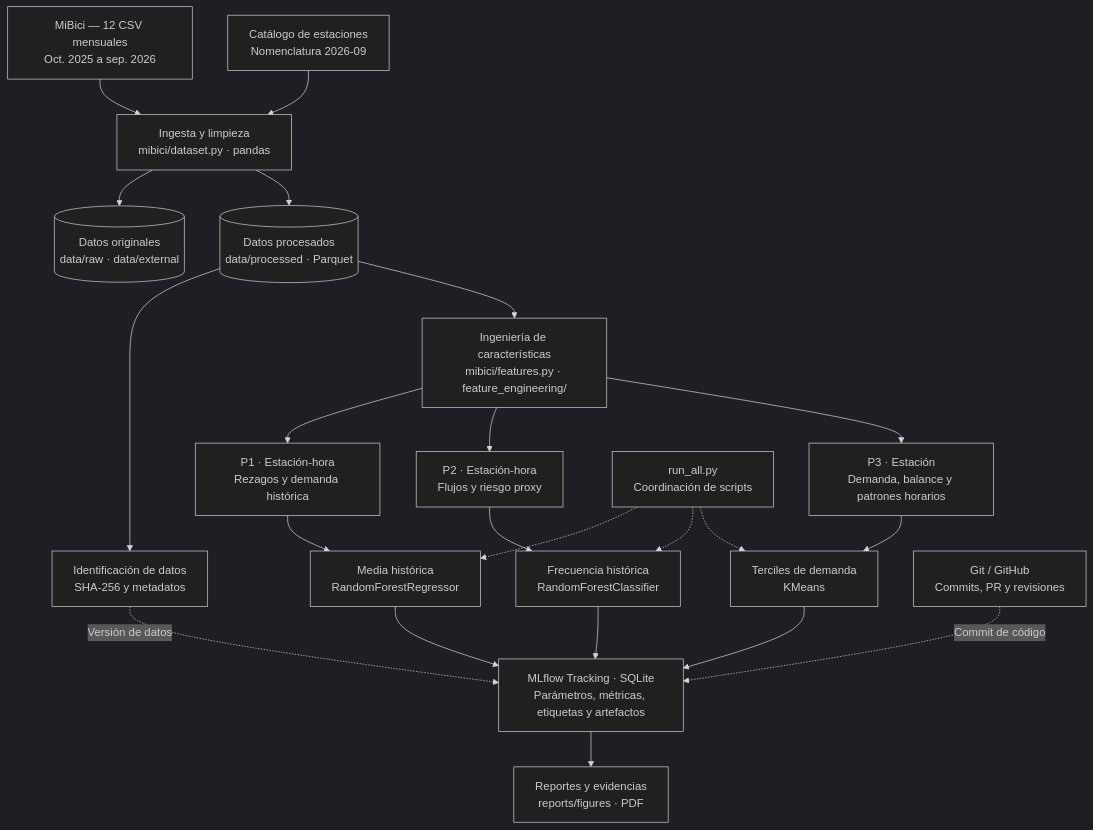
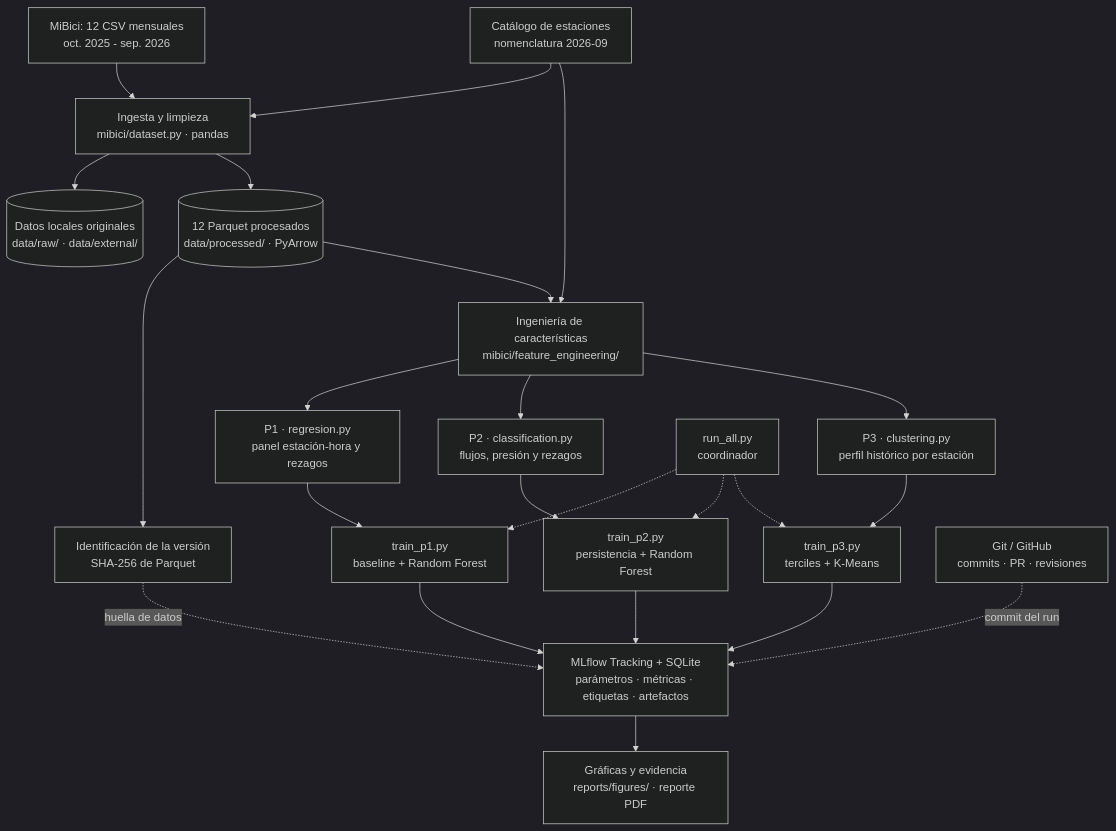
One commit to LeoCossio/TC5061-Proyecto-Equipo31 changed the diagram in references/arquitectura_sistema.md. Above: the diagram before and after it, drawn with Mermaid (dark theme). The commit also changed other lines of this file, not shown here.

First line of the commit message:
Revise architecture document for MiBici project

````diff
--- a/references/arquitectura_sistema.md
+++ b/references/arquitectura_sistema.md
@@ -21,24 +21,25 @@
 ```mermaid
 flowchart TB
-    S["MiBici — 12 CSV mensuales<br/>Oct. 2025 a sep. 2026"] --> I["Ingesta y limpieza<br/>mibici/dataset.py · pandas"]
-    N["Catálogo de estaciones<br/>Nomenclatura 2026-09"] --> I
-    I --> RAW[("Datos originales<br/>data/raw · data/external")]
-    I --> PAR[("Datos procesados<br/>data/processed · Parquet")]
-    PAR --> V["Identificación de datos<br/>SHA-256 y metadatos"]
-    PAR --> F["Ingeniería de características<br/>mibici/features.py · feature_engineering/"]
-    F --> P1["P1 · Estación-hora<br/>Rezagos y demanda histórica"]
-    F --> P2["P2 · Estación-hora<br/>Flujos y riesgo proxy"]
-    F --> P3["P3 · Estación<br/>Demanda, balance y patrones horarios"]
-    P1 --> M1["Media histórica<br/>RandomForestRegressor"]
-    P2 --> M2["Frecuencia histórica<br/>RandomForestClassifier"]
-    P3 --> M3["Terciles de demanda<br/>KMeans"]
-    M1 --> ML["MLflow Tracking · SQLite<br/>Parámetros, métricas, etiquetas y artefactos"]
-    M2 --> ML
-    M3 --> ML
-    V -. "Versión de datos" .-> ML
-    G["Git / GitHub<br/>Commits, PR y revisiones"] -. "Commit de código" .-> ML
-    C["run_all.py<br/>Coordinación de scripts"] -.-> M1
-    C -.-> M2
-    C -.-> M3
-    ML --> OUT["Reportes y evidencias<br/>reports/figures · PDF"]
+    A["MiBici: 12 CSV mensuales<br/>oct. 2025 - sep. 2026"] --> D["Ingesta y limpieza<br/>mibici/dataset.py · pandas"]
+    E["Catálogo de estaciones<br/>nomenclatura 2026-09"] --> D
+    D --> R[("Datos locales originales<br/>data/raw/ · data/external/")]
+    D --> Q[("12 Parquet procesados<br/>data/processed/ · PyArrow")]
+    Q --> V["Identificación de la versión<br/>SHA-256 de Parquet"]
+    Q --> F["Ingeniería de características<br/>mibici/feature_engineering/"]
+    E --> F
+    F --> P1["P1 · regresion.py<br/>panel estación-hora y rezagos"]
+    F --> P2["P2 · classification.py<br/>flujos, presión y rezagos"]
+    F --> P3["P3 · clustering.py<br/>perfil histórico por estación"]
+    P1 --> T1["train_p1.py<br/>baseline + Random Forest"]
+    P2 --> T2["train_p2.py<br/>persistencia + Random Forest"]
+    P3 --> T3["train_p3.py<br/>terciles + K-Means"]
+    T1 --> M["MLflow Tracking + SQLite<br/>parámetros · métricas · etiquetas · artefactos"]
+    T2 --> M
+    T3 --> M
+    V -. "huella de datos" .-> M
+    G["Git / GitHub<br/>commits · PR · revisiones"] -. "commit del run" .-> M
+    C["run_all.py<br/>coordinador"] -.-> T1
+    C -.-> T2
+    C -.-> T3
+    M --> O["Gráficas y evidencia<br/>reports/figures/ · reporte PDF"]
 ```
````
